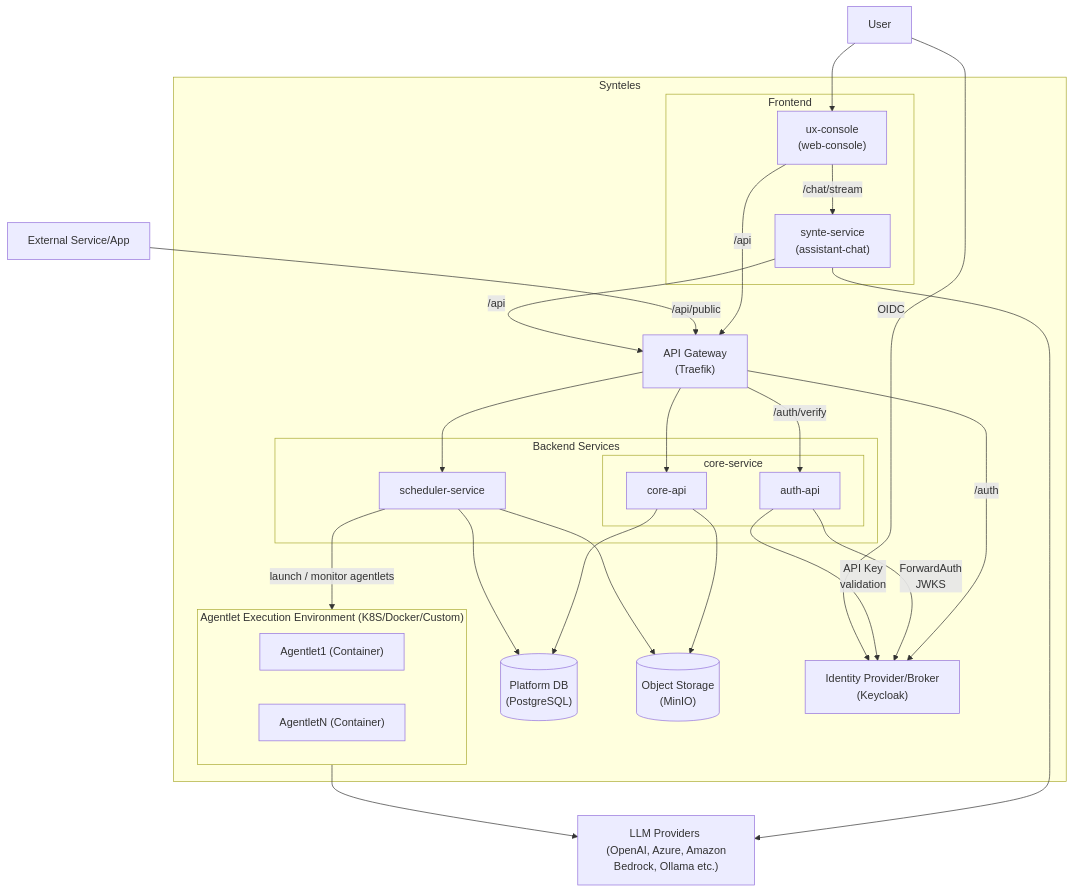
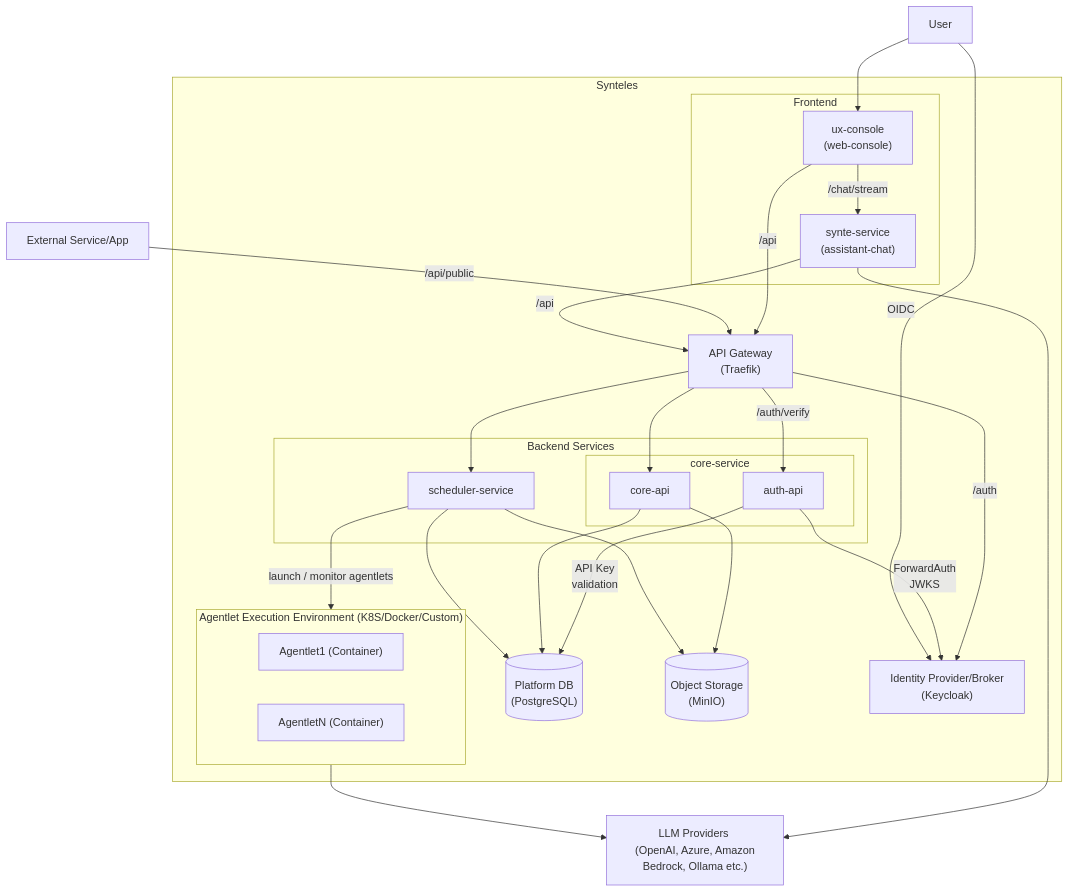
One commit to Synteles/synteles changed the first of 2 diagrams in docs/architecture.md. Above: the diagram before and after it, drawn with Mermaid. The commit also changed other lines of this file and 13 other files, not shown here.

````diff
--- a/docs/architecture.md
+++ b/docs/architecture.md
@@ -30,58 +30,58 @@
 ```mermaid  
 graph TB
     User["User"]
     Service["External Service/App"]
 
     subgraph Stack["Synteles"]
 
         subgraph Frontend["Frontend"]
             UX["ux-console </br> (web-console)"]
             Synte["synte-service </br> (assistant-chat)"]
         end
 
         Traefik["API Gateway </br> (Traefik)"]
 
         subgraph Backend["Backend Services"]
             
             subgraph Core["core-service"]
                 CoreService["core-api"]
                 AuthService["auth-api"]
             end
             Scheduler["scheduler-service"]
         end
 
 
         PG[("Platform DB </br> (PostgreSQL)")]
         Minio[("Object Storage </br> (MinIO)")]
 
         KC["Identity Provider/Broker </br> (Keycloak)"]
         
         subgraph EE["Agentlet Execution Environment (K8S/Docker/Custom)"]
             Agentlet1["Agentlet1 (Container)"]
             AgentletN["AgentletN (Container)"]
         end
 
     end
 
     LLM["LLM Providers </br> (OpenAI, Azure, Amazon Bedrock, Ollama etc.)"]
 
     User --> UX
     UX -->|"/api"| Traefik
     UX -->|"/chat/stream"| Synte
     Service -->|"/api/public"| Traefik
     Traefik --> CoreService
     Traefik --> Scheduler
     Traefik -->|"/auth/verify"| AuthService
     Traefik -->|"/auth"| KC
     AuthService -->|"ForwardAuth </br> JWKS"| KC
-    AuthService -->|"API Key </br> validation"| KC
+    AuthService -->|"API Key </br> validation"| PG
     Synte -->|"/api"| Traefik
     CoreService --> PG
     CoreService --> Minio
     Scheduler --> PG
     Scheduler --> Minio
     Scheduler -->|"launch / monitor agentlets"| EE
     EE --> LLM
     Synte --> LLM
     User -->|"OIDC"| KC
 ```
````
